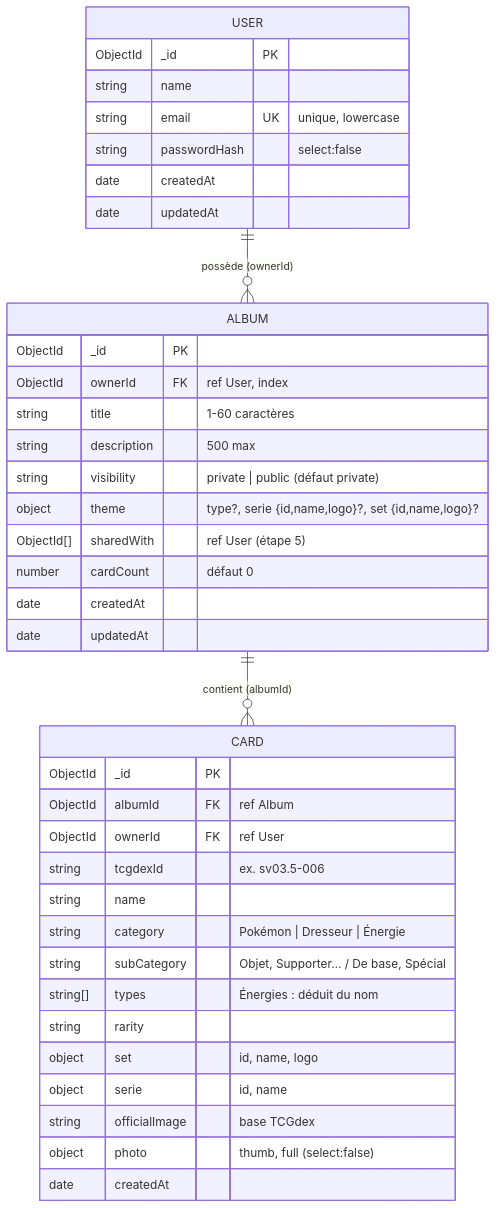
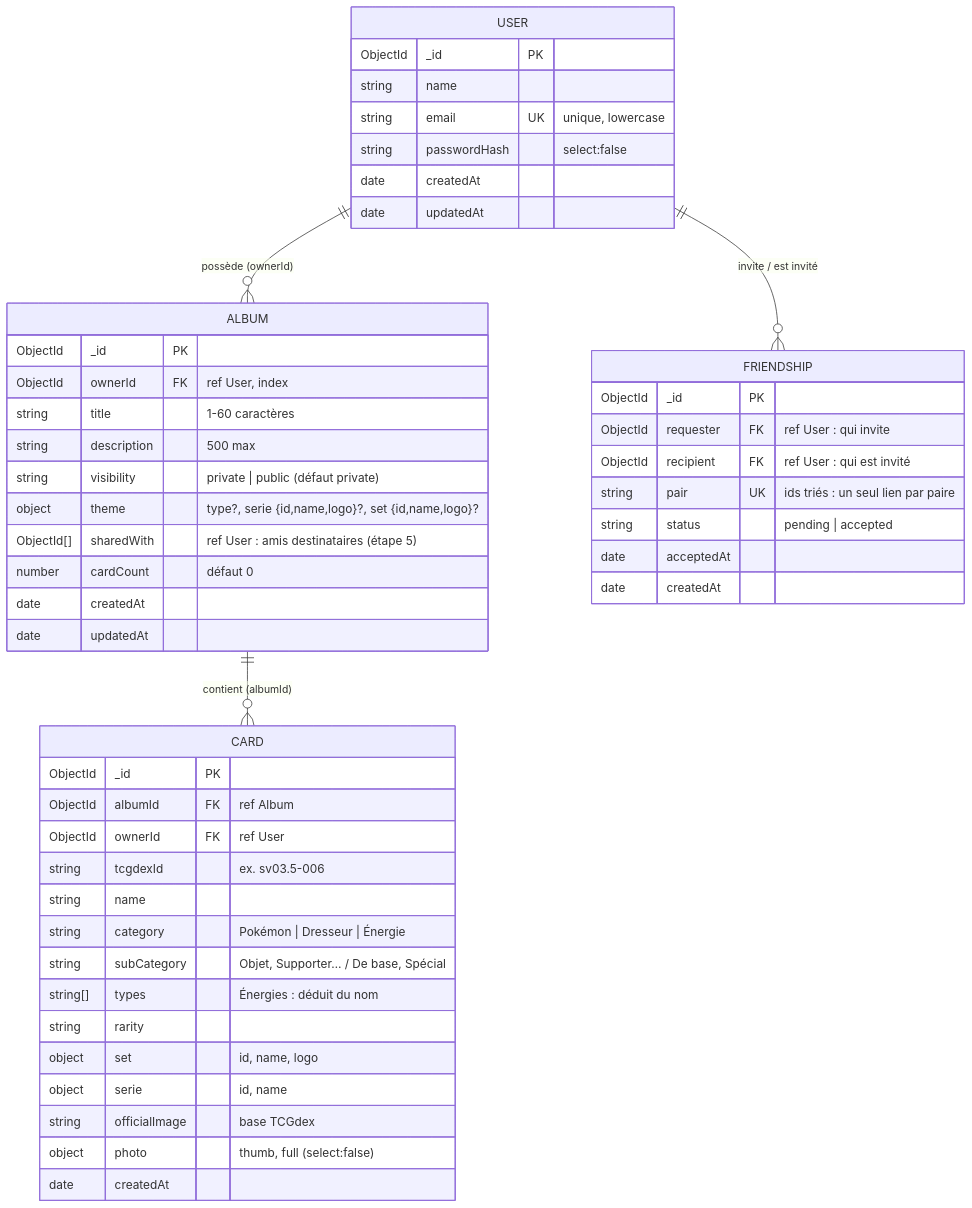
One commit to nini667-E/AngularM1_Miage_2026_2027_TP123 changed the second of 12 diagrams in backend/analyse.md. Above: the diagram before and after it, drawn with Mermaid. The commit also changed other lines of this file and 72 other files, not shown here.

````diff
--- a/backend/analyse.md
+++ b/backend/analyse.md
@@ -121,41 +135,51 @@
 ```mermaid
 erDiagram
     USER {
         ObjectId _id PK
         string name
         string email UK "unique, lowercase"
         string passwordHash "select:false"
         date createdAt
         date updatedAt
     }
     ALBUM {
         ObjectId _id PK
         ObjectId ownerId FK "ref User, index"
         string title "1-60 caractères"
         string description "500 max"
         string visibility "private | public (défaut private)"
         object theme "type?, serie {id,name,logo}?, set {id,name,logo}?"
-        ObjectId[] sharedWith "ref User (étape 5)"
+        ObjectId[] sharedWith "ref User : amis destinataires (étape 5)"
         number cardCount "défaut 0"
         date createdAt
         date updatedAt
     }
     CARD {
         ObjectId _id PK
         ObjectId albumId FK "ref Album"
         ObjectId ownerId FK "ref User"
         string tcgdexId "ex. sv03.5-006"
         string name
         string category "Pokémon | Dresseur | Énergie"
         string subCategory "Objet, Supporter… / De base, Spécial"
         string[] types "Énergies : déduit du nom"
         string rarity
         object set "id, name, logo"
         object serie "id, name"
         string officialImage "base TCGdex"
         object photo "thumb, full (select:false)"
         date createdAt
     }
+    FRIENDSHIP {
+        ObjectId _id PK
+        ObjectId requester FK "ref User : qui invite"
+        ObjectId recipient FK "ref User : qui est invité"
+        string pair UK "ids triés : un seul lien par paire"
+        string status "pending | accepted"
+        date acceptedAt
+        date createdAt
+    }
     USER ||--o{ ALBUM : "possède (ownerId)"
+    USER ||--o{ FRIENDSHIP : "invite / est invité"
     ALBUM ||--o{ CARD : "contient (albumId)"
 ```
````
